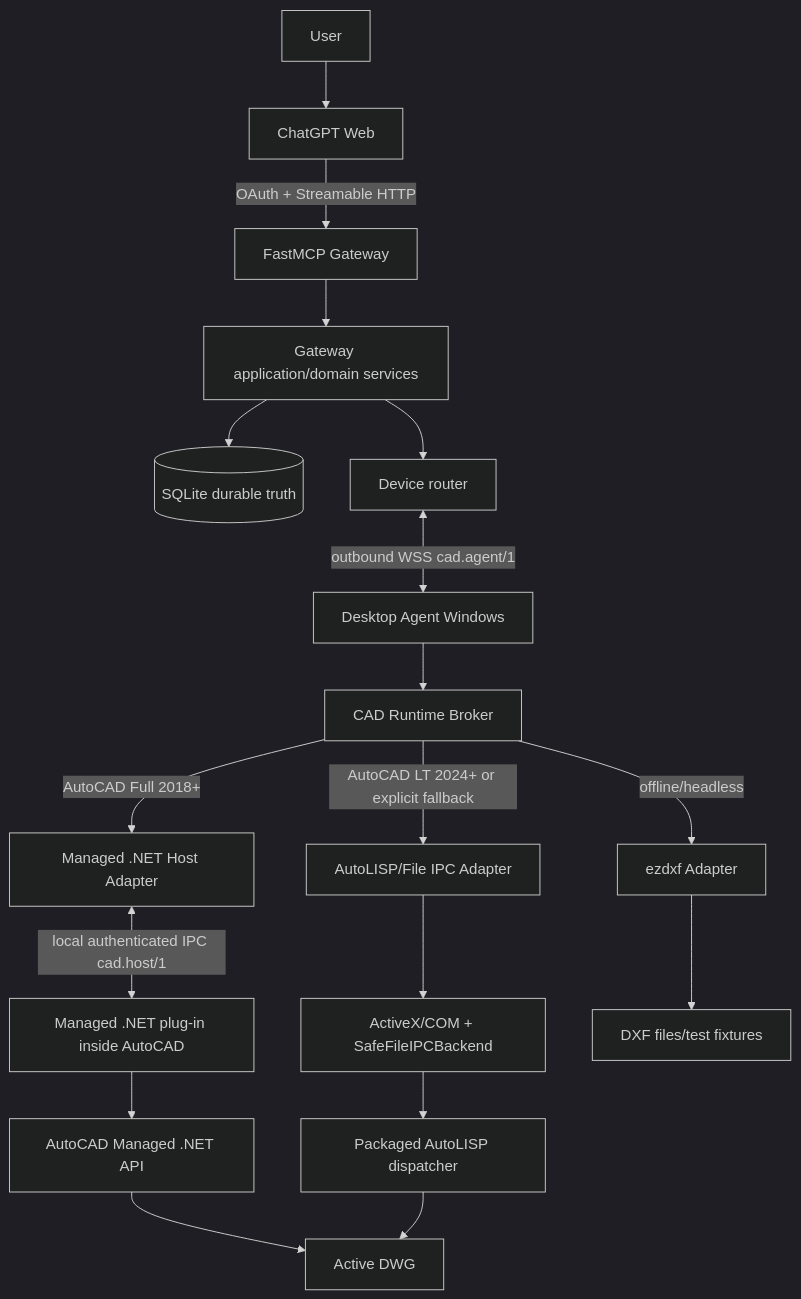
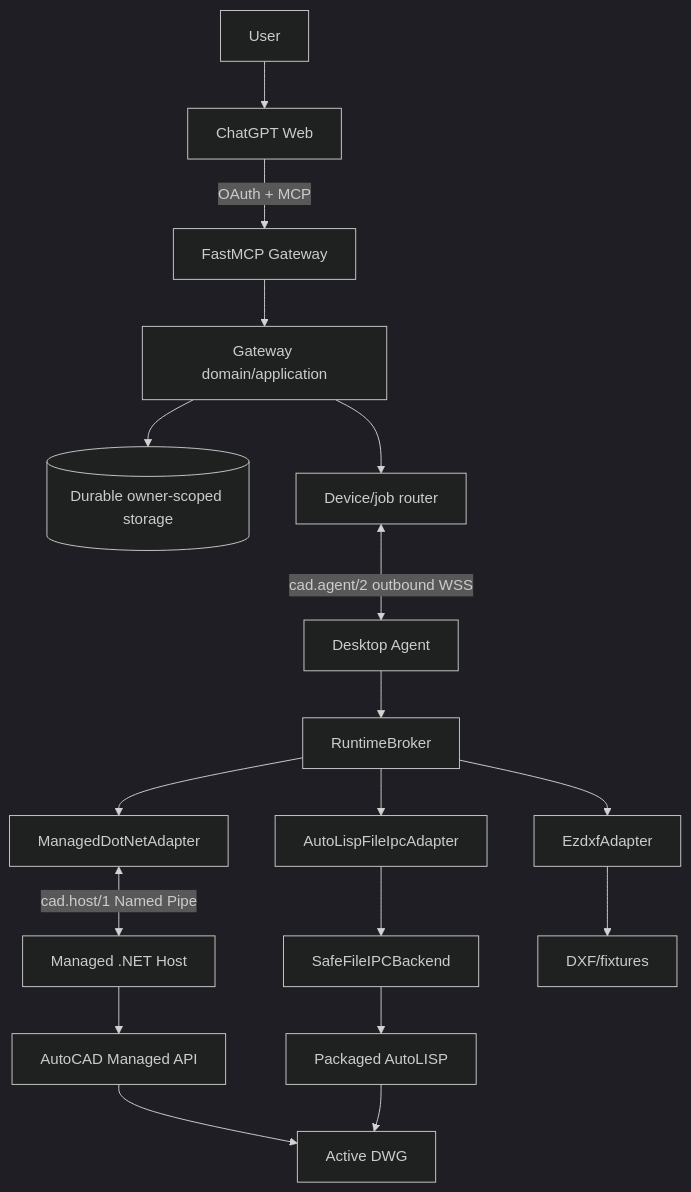
Before and after one commit to sontakmtp-cell/autocad-fastmcp: the diagram in docs/architecture/fastmcp-multi-user-autocad-plan.md, drawn with Mermaid (dark theme). The commit also changed other lines of this file, not shown here.

Commit message:
docs: synchronize master architecture after PR 8

````diff
--- a/docs/architecture/fastmcp-multi-user-autocad-plan.md
+++ b/docs/architecture/fastmcp-multi-user-autocad-plan.md
@@ -204,22 +99,22 @@
 ```mermaid
 flowchart TD
     U[User] --> GPT[ChatGPT Web]
-    GPT -->|OAuth + Streamable HTTP| FM[FastMCP Gateway]
-    FM --> APP[Gateway application/domain services]
-    APP --> DB[(SQLite durable truth)]
-    APP --> ROUTER[Device router]
-    ROUTER <-->|outbound WSS cad.agent/1| AGENT[Desktop Agent Windows]
+    GPT -->|OAuth + MCP| FM[FastMCP Gateway]
+    FM --> APP[Gateway domain/application]
+    APP --> DB[(Durable owner-scoped storage)]
+    APP --> ROUTER[Device/job router]
+    ROUTER <-->|cad.agent/2 outbound WSS| AG[Desktop Agent]
 
-    AGENT --> BROKER[CAD Runtime Broker]
-    BROKER -->|AutoCAD Full 2018+| DOTNET[Managed .NET Host Adapter]
-    BROKER -->|AutoCAD LT 2024+ or explicit fallback| LISP[AutoLISP/File IPC Adapter]
-    BROKER -->|offline/headless| EZ[ezdxf Adapter]
+    AG --> BROKER[RuntimeBroker]
+    BROKER --> DOTNET[ManagedDotNetAdapter]
+    BROKER --> LISP[AutoLispFileIpcAdapter]
+    BROKER --> EZ[EzdxfAdapter]
 
-    DOTNET <-->|local authenticated IPC cad.host/1| PLUGIN[Managed .NET plug-in inside AutoCAD]
-    PLUGIN --> API[AutoCAD Managed .NET API]
-    LISP --> COM[ActiveX/COM + SafeFileIPCBackend]
-    COM --> DISP[Packaged AutoLISP dispatcher]
+    DOTNET <-->|cad.host/1 Named Pipe| HOST[Managed .NET Host]
+    HOST --> API[AutoCAD Managed API]
+    LISP --> SAFE[SafeFileIPCBackend]
+    SAFE --> DISP[Packaged AutoLISP]
     API --> DWG[Active DWG]
     DISP --> DWG
-    EZ --> DXF[DXF files/test fixtures]
+    EZ --> DXF[DXF/fixtures]
 ```
````
